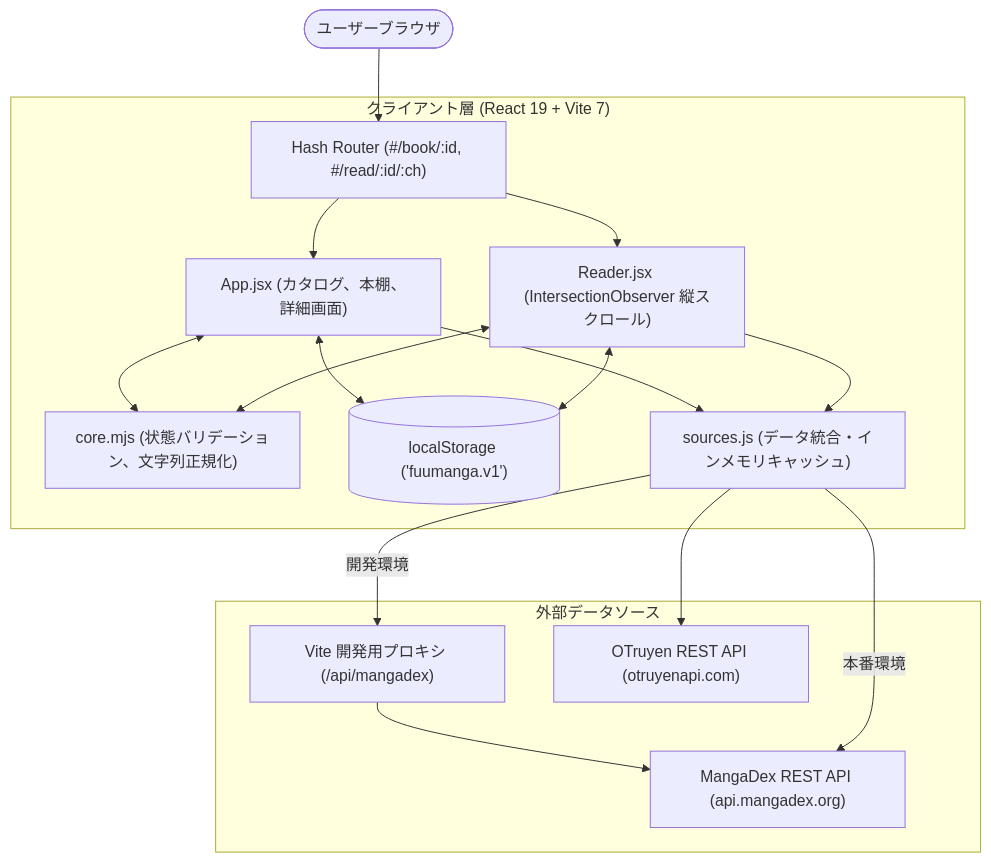
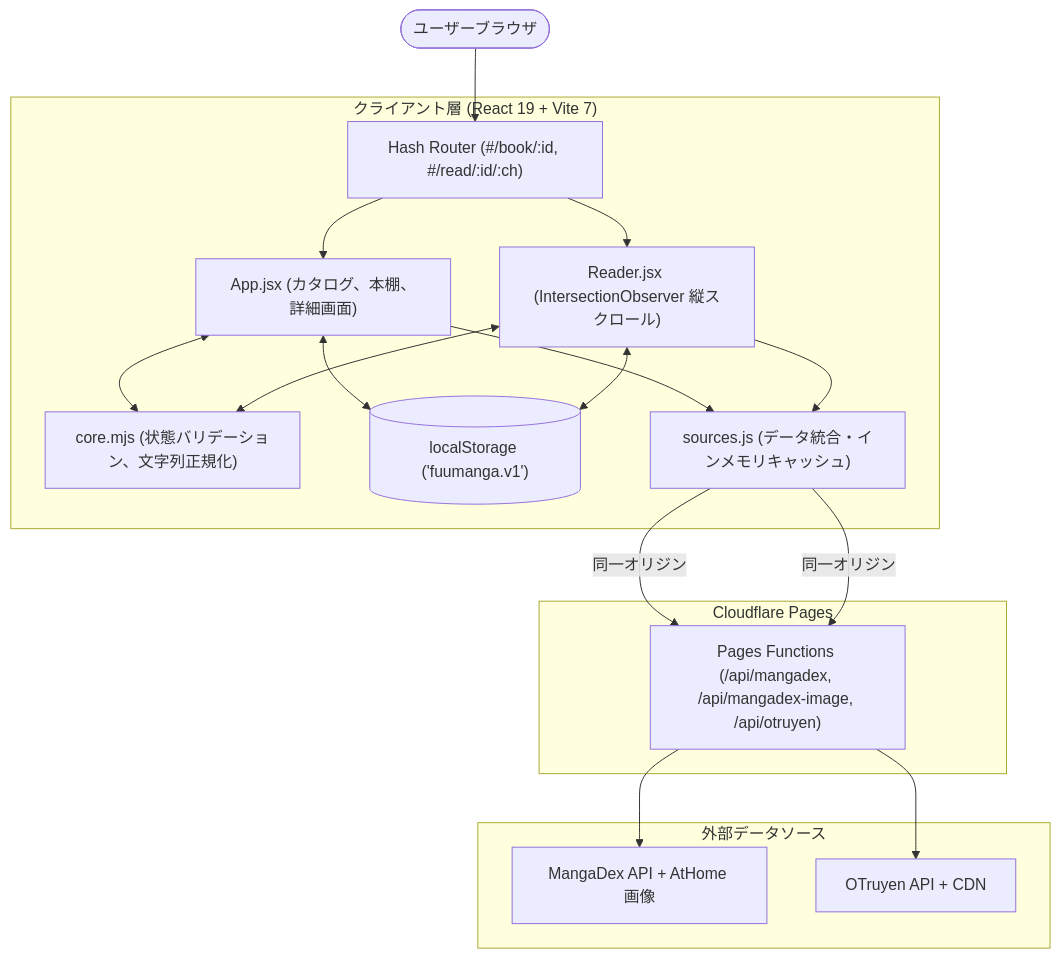
One commit to epauengi/FuuManga changed the diagram in README.ja.md. Above: the diagram before and after it, drawn with Mermaid. The commit also changed other lines of this file and 13 other files, not shown here.

First line of the commit message:
fix(api): restore live manga loading via Cloudflare Pages

````diff
--- a/README.ja.md
+++ b/README.ja.md
@@ -69,32 +70,34 @@
 ```mermaid
 flowchart TD
     User([ユーザーブラウザ])
     
     subgraph Client ["クライアント層 (React 19 + Vite 7)"]
         Router["Hash Router (#/book/:id, #/read/:id/:ch)"]
         App["App.jsx (カタログ、本棚、詳細画面)"]
         Reader["Reader.jsx (IntersectionObserver 縦スクロール)"]
         Core["core.mjs (状態バリデーション、文字列正規化)"]
         Storage[("localStorage ('fuumanga.v1')")]
         Sources["sources.js (データ統合・インメモリキャッシュ)"]
     end
 
+    subgraph Edge ["Cloudflare Pages"]
+        Proxy["Pages Functions (/api/mangadex, /api/mangadex-image, /api/otruyen)"]
+    end
+
     subgraph Upstream ["外部データソース"]
-        MDProxy["Vite 開発用プロキシ (/api/mangadex)"]
-        MangaDex["MangaDex REST API (api.mangadex.org)"]
-        OTruyen["OTruyen REST API (otruyenapi.com)"]
+        MangaDex["MangaDex API + AtHome 画像"]
+        OTruyen["OTruyen API + CDN"]
     end
 
     User --> Router
     Router --> App
     Router --> Reader
     App <--> Core
     App <--> Storage
     Reader <--> Core
     Reader <--> Storage
     App --> Sources
     Reader --> Sources
-    Sources -->|開発環境| MDProxy --> MangaDex
-    Sources -->|本番環境| MangaDex
-    Sources --> OTruyen
+    Sources -->|同一オリジン| Proxy --> MangaDex
+    Sources -->|同一オリジン| Proxy --> OTruyen
 ```
````
